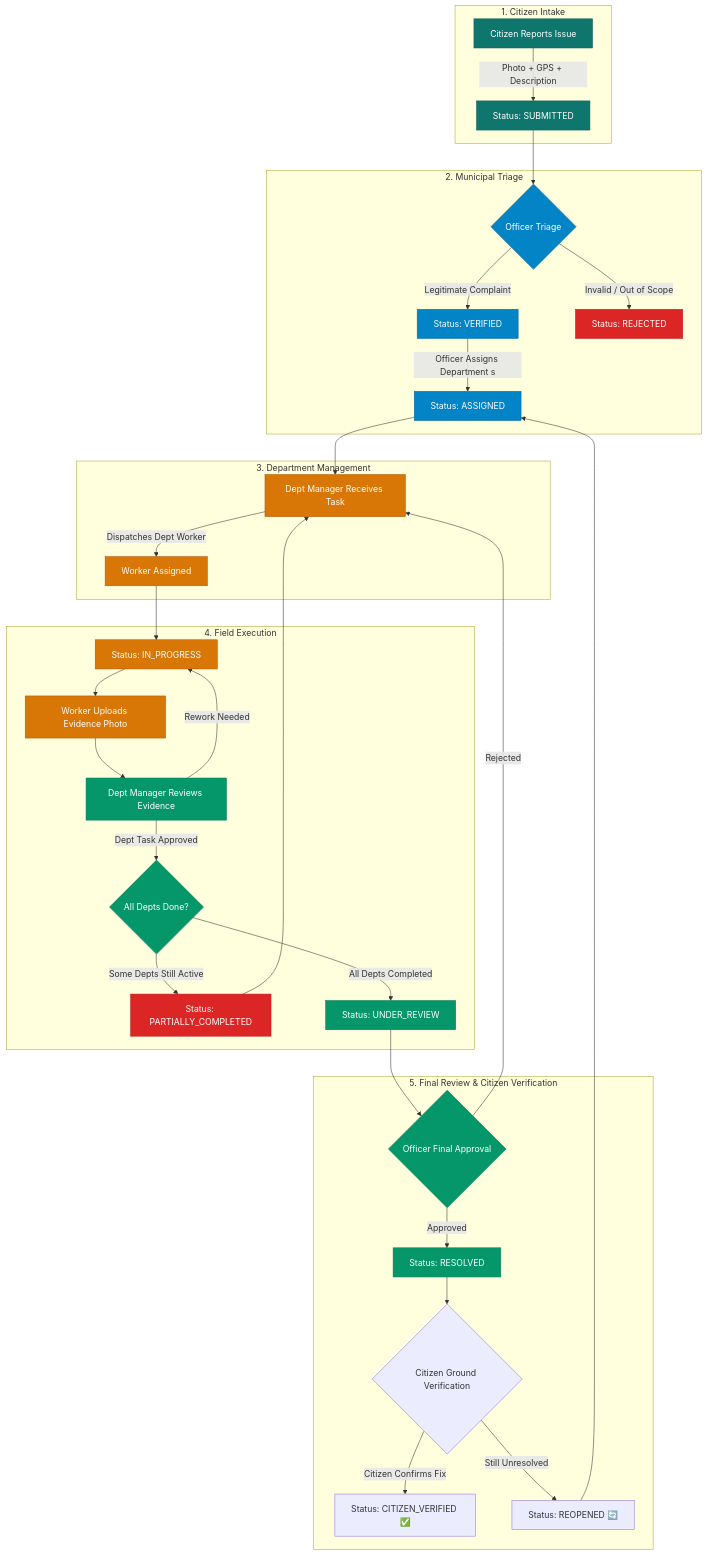
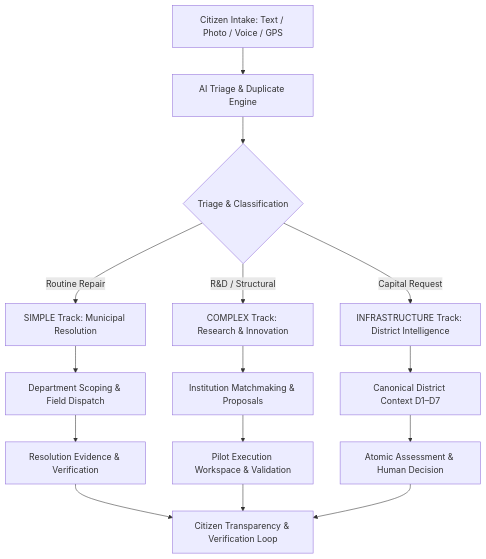
Before and after one commit to Prashant952024/CivicFix: the first of 3 diagrams in README.md, drawn with Mermaid. The commit also changed other lines of this file, not shown here.

Commit message:
docs: complete rewrite of README.md from scratch with comprehensive multi-track architecture and benchmarks

````diff
--- a/README.md
+++ b/README.md
@@ -195,51 +91,22 @@
 ```mermaid
 flowchart TD
-    subgraph Intake["1. Citizen Intake"]
-        A[Citizen Reports Issue] -->|Photo + GPS + Description| B[Status: SUBMITTED]
-    end
+    A[Citizen Intake: Text / Photo / Voice / GPS] --> B[AI Triage & Duplicate Engine]
+    B --> C{Triage & Classification}
 
-    subgraph Triage["2. Municipal Triage"]
-        B --> C{Officer Triage}
-        C -->|Legitimate Complaint| D[Status: VERIFIED]
-        C -->|Invalid / Out of Scope| E[Status: REJECTED]
-        D -->|Officer Assigns Department s| F[Status: ASSIGNED]
-    end
+    C -->|Routine Repair| D[SIMPLE Track: Municipal Resolution]
+    C -->|R&D / Structural| E[COMPLEX Track: Research & Innovation]
+    C -->|Capital Request| F[INFRASTRUCTURE Track: District Intelligence]
 
-    subgraph DeptDispatch["3. Department Management"]
-        F --> G[Dept Manager Receives Task]
-        G -->|Dispatches Dept Worker| H[Worker Assigned]
-    end
+    D --> G[Department Scoping & Field Dispatch]
+    G --> H[Resolution Evidence & Verification]
 
-    subgraph Execution["4. Field Execution"]
-        H --> I[Status: IN_PROGRESS]
-        I --> J[Worker Uploads Evidence Photo]
-        J --> K[Dept Manager Reviews Evidence]
-        K -->|Rework Needed| I
-        K -->|Dept Task Approved| L{All Depts Done?}
-        L -->|Some Depts Still Active| M[Status: PARTIALLY_COMPLETED]
-        M --> G
-        L -->|All Depts Completed| N[Status: UNDER_REVIEW]
-    end
+    E --> I[Institution Matchmaking & Proposals]
+    I --> J[Pilot Execution Workspace & Validation]
 
-    subgraph Verification["5. Final Review & Citizen Verification"]
-        N --> O{Officer Final Approval}
-        O -->|Approved| P[Status: RESOLVED]
-        O -->|Rejected| G
-        P --> Q{Citizen Ground Verification}
-        Q -->|Citizen Confirms Fix| R[Status: CITIZEN_VERIFIED ✅]
-        Q -->|Still Unresolved| S[Status: REOPENED 🔄]
-        S --> F
-    end
+    F --> K[Canonical District Context D1–D7]
+    K --> L[Atomic Assessment & Human Decision]
 
-    classDef intake fill:#0f766e,stroke:#0d5f59,color:#fff
-    classDef triage fill:#0284c7,stroke:#0369a1,color:#fff
-    classDef execution fill:#d97706,stroke:#b45309,color:#fff
-    classDef verification fill:#059669,stroke:#047857,color:#fff
-    classDef rejection fill:#dc2626,stroke:#b91c1c,color:#fff
-
-    class A,B intake
-    class C,D,F triage
-    class G,H,I,J execution
-    class K,L,N,O,P verification
-    class E,M rejection
+    H --> M[Citizen Transparency & Verification Loop]
+    J --> M
+    L --> M
 ```
````
